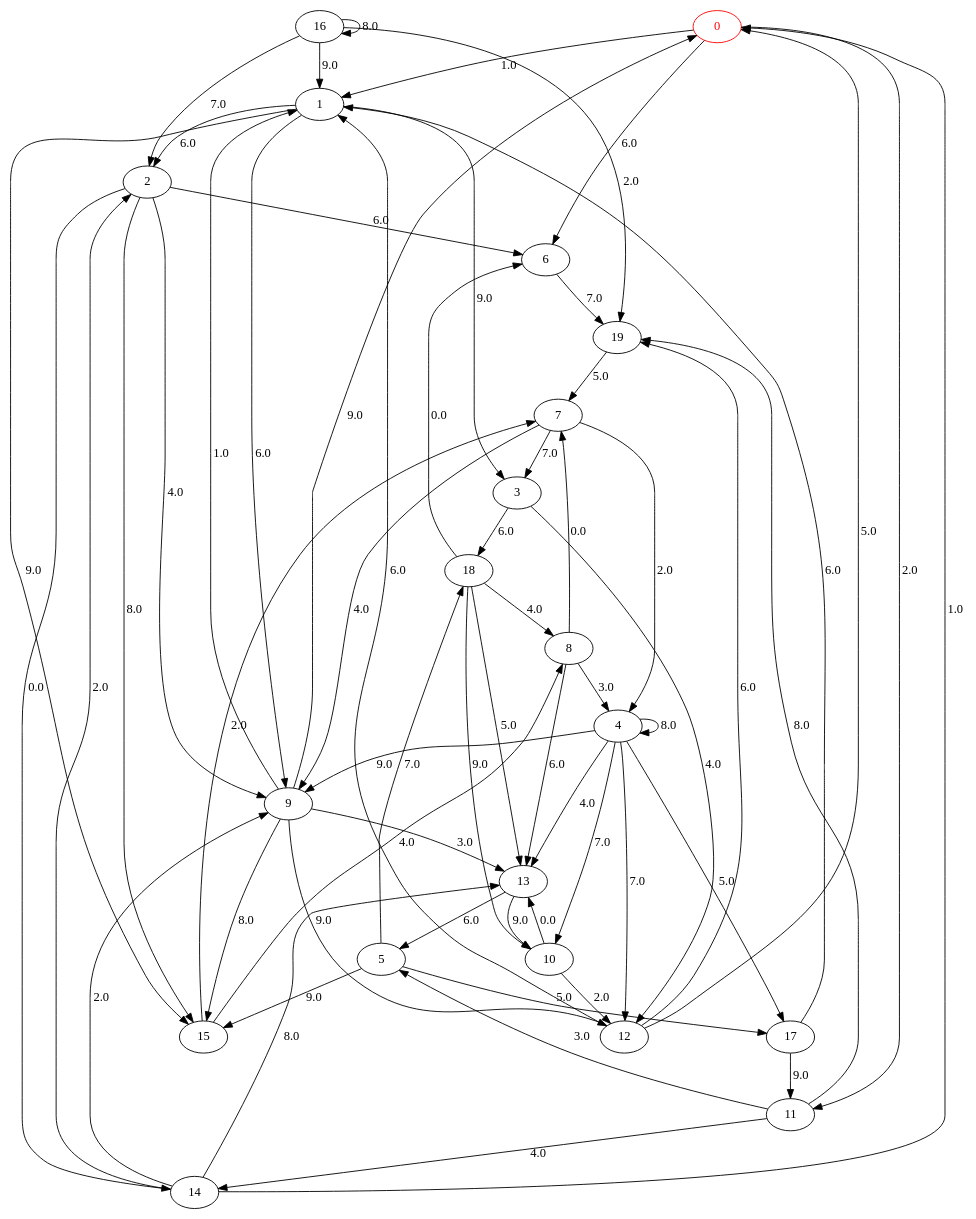
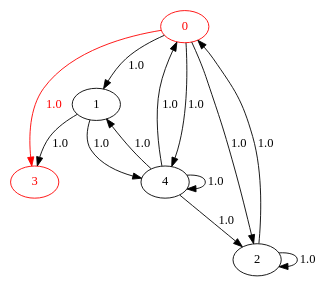
Before and after one commit to Valba31/S2.02: the diagram in output/graphviz_output.gv, drawn with Graphviz. The commit also changed 3 other files, not shown here.

Commit message:
Fix type casting in obtenir_liste function and update graphviz output format

```diff
--- a/output/graphviz_output.gv
+++ b/output/graphviz_output.gv
@@ -1,66 +1,18 @@
 strict digraph {
 	node [color=red fontcolor=red]
 	0
+	0 -> 3 [label=1.0 color=red fontcolor=red]
+	3
 	node [color=black fontcolor=black]
 	0 -> 1 [label=1.0]
-	0 -> 6 [label=6.0]
-	0 -> 11 [label=2.0]
-	1 -> 2 [label=6.0]
-	1 -> 3 [label=9.0]
-	1 -> 9 [label=6.0]
-	1 -> 15 [label=9.0]
-	2 -> 6 [label=6.0]
-	2 -> 9 [label=4.0]
-	2 -> 14 [label=0.0]
-	2 -> 15 [label=8.0]
-	3 -> 12 [label=4.0]
-	3 -> 18 [label=6.0]
-	4 -> 4 [label=8.0]
-	4 -> 9 [label=9.0]
-	4 -> 10 [label=7.0]
-	4 -> 12 [label=7.0]
-	4 -> 13 [label=4.0]
-	4 -> 17 [label=5.0]
-	5 -> 15 [label=9.0]
-	5 -> 17 [label=5.0]
-	5 -> 18 [label=7.0]
-	6 -> 19 [label=7.0]
-	7 -> 3 [label=7.0]
-	7 -> 4 [label=2.0]
-	7 -> 9 [label=4.0]
-	8 -> 4 [label=3.0]
-	8 -> 7 [label=0.0]
-	8 -> 13 [label=6.0]
-	9 -> 0 [label=9.0]
-	9 -> 1 [label=1.0]
-	9 -> 12 [label=9.0]
-	9 -> 13 [label=3.0]
-	9 -> 15 [label=8.0]
-	10 -> 12 [label=2.0]
-	10 -> 13 [label=0.0]
-	11 -> 5 [label=3.0]
-	11 -> 14 [label=4.0]
-	11 -> 19 [label=8.0]
-	12 -> 0 [label=5.0]
-	12 -> 1 [label=6.0]
-	12 -> 19 [label=6.0]
-	13 -> 5 [label=6.0]
-	13 -> 10 [label=9.0]
-	14 -> 0 [label=1.0]
-	14 -> 2 [label=2.0]
-	14 -> 9 [label=2.0]
-	14 -> 13 [label=8.0]
-	15 -> 7 [label=2.0]
-	15 -> 8 [label=4.0]
-	16 -> 1 [label=9.0]
-	16 -> 2 [label=7.0]
-	16 -> 16 [label=8.0]
-	16 -> 19 [label=2.0]
-	17 -> 1 [label=6.0]
-	17 -> 11 [label=9.0]
-	18 -> 6 [label=0.0]
-	18 -> 8 [label=4.0]
-	18 -> 10 [label=9.0]
-	18 -> 13 [label=5.0]
-	19 -> 7 [label=5.0]
+	0 -> 2 [label=1.0]
+	0 -> 4 [label=1.0]
+	1 -> 3 [label=1.0]
+	1 -> 4 [label=1.0]
+	2 -> 0 [label=1.0]
+	2 -> 2 [label=1.0]
+	4 -> 0 [label=1.0]
+	4 -> 1 [label=1.0]
+	4 -> 2 [label=1.0]
+	4 -> 4 [label=1.0]
 }
```
